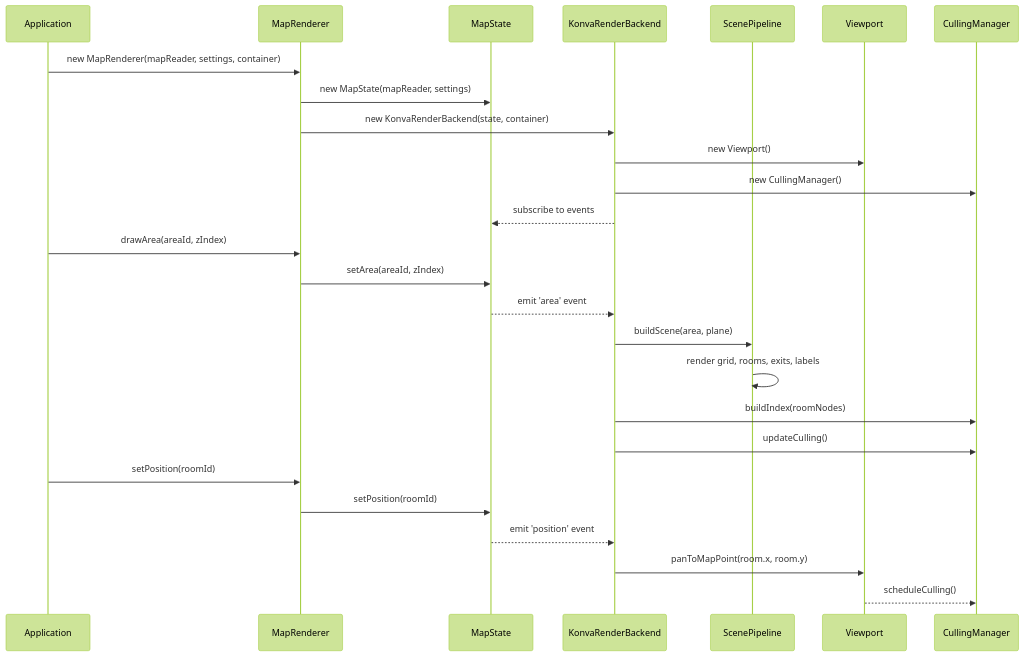
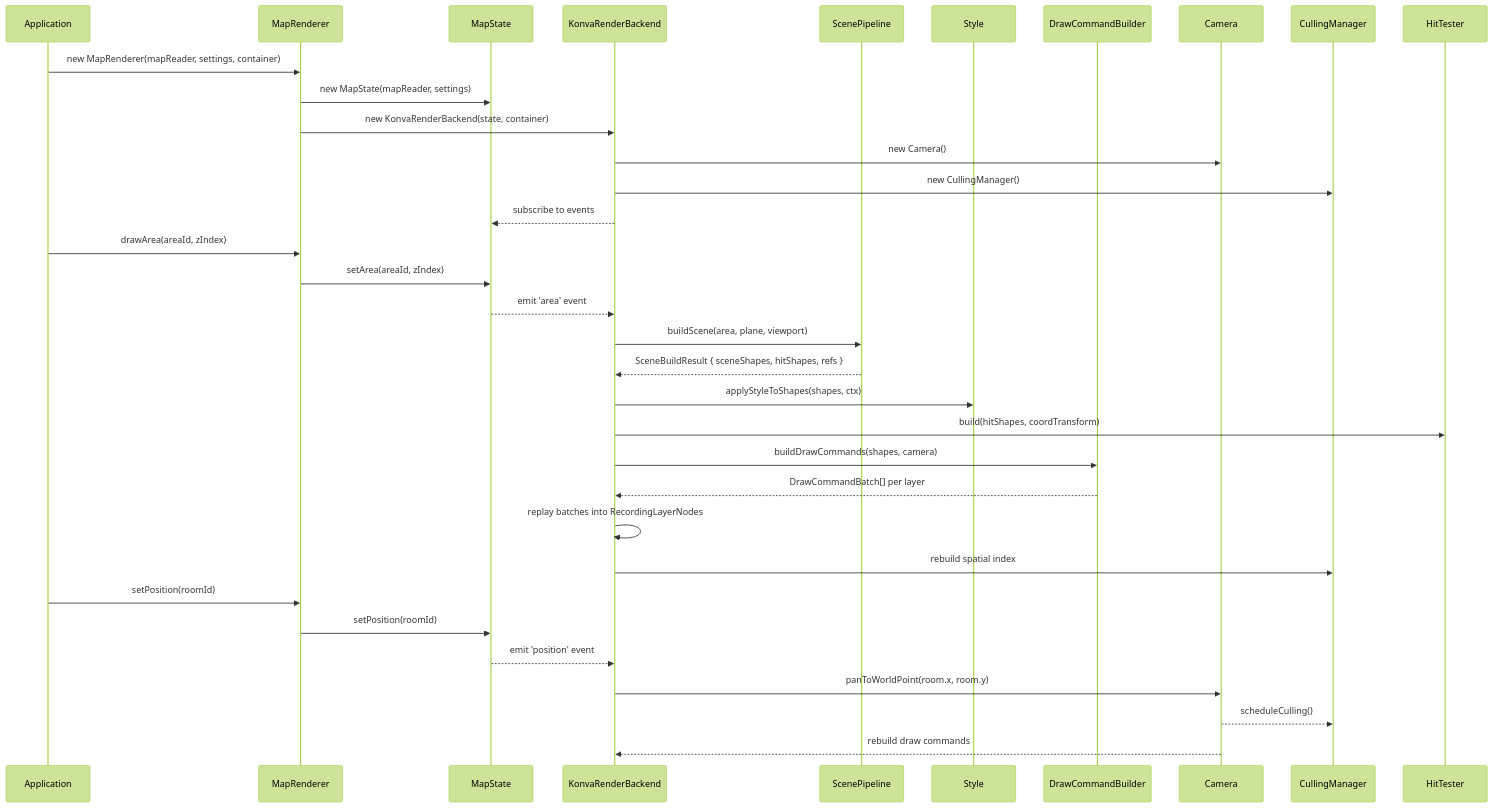
Before and after one commit to Delwing/mudlet-map-renderer: the third of 17 diagrams in docs/architecture.md, drawn with Mermaid (forest theme). The commit also changed other lines of this file and 44 other files, not shown here.

First line of the commit message:
Add reusable scene culling and flush utilities, unify shape handling across rendering paths

````diff
--- a/docs/architecture.md
+++ b/docs/architecture.md
@@ -107,31 +140,39 @@
 ```mermaid
 sequenceDiagram
     participant App as Application
     participant MR as MapRenderer
     participant MS as MapState
-    participant KB as KonvaRenderBackend
+    participant KRB as KonvaRenderBackend
     participant SP as ScenePipeline
-    participant VP as Viewport
-    participant CM as CullingManager
+    participant Style as Style
+    participant DCB as DrawCommandBuilder
+    participant Cam as Camera
+    participant Cull as CullingManager
+    participant Hit as HitTester
 
     App->>MR: new MapRenderer(mapReader, settings, container)
     MR->>MS: new MapState(mapReader, settings)
-    MR->>KB: new KonvaRenderBackend(state, container)
-    KB->>VP: new Viewport()
-    KB->>CM: new CullingManager()
-    KB-->>MS: subscribe to events
+    MR->>KRB: new KonvaRenderBackend(state, container)
+    KRB->>Cam: new Camera()
+    KRB->>Cull: new CullingManager()
+    KRB-->>MS: subscribe to events
 
     App->>MR: drawArea(areaId, zIndex)
     MR->>MS: setArea(areaId, zIndex)
-    MS-->>KB: emit 'area' event
-    KB->>SP: buildScene(area, plane)
-    SP->>SP: render grid, rooms, exits, labels
-    KB->>CM: buildIndex(roomNodes)
-    KB->>CM: updateCulling()
+    MS-->>KRB: emit 'area' event
+    KRB->>SP: buildScene(area, plane, viewport)
+    SP-->>KRB: SceneBuildResult { sceneShapes, hitShapes, refs }
+    KRB->>Style: applyStyleToShapes(shapes, ctx)
+    KRB->>Hit: build(hitShapes, coordTransform)
+    KRB->>DCB: buildDrawCommands(shapes, camera)
+    DCB-->>KRB: DrawCommandBatch[] per layer
+    KRB->>KRB: replay batches into RecordingLayerNodes
+    KRB->>Cull: rebuild spatial index
 
     App->>MR: setPosition(roomId)
     MR->>MS: setPosition(roomId)
-    MS-->>KB: emit 'position' event
-    KB->>VP: panToMapPoint(room.x, room.y)
-    VP-->>CM: scheduleCulling()
+    MS-->>KRB: emit 'position' event
+    KRB->>Cam: panToWorldPoint(room.x, room.y)
+    Cam-->>Cull: scheduleCulling()
+    Cam-->>KRB: rebuild draw commands
 ```
````
